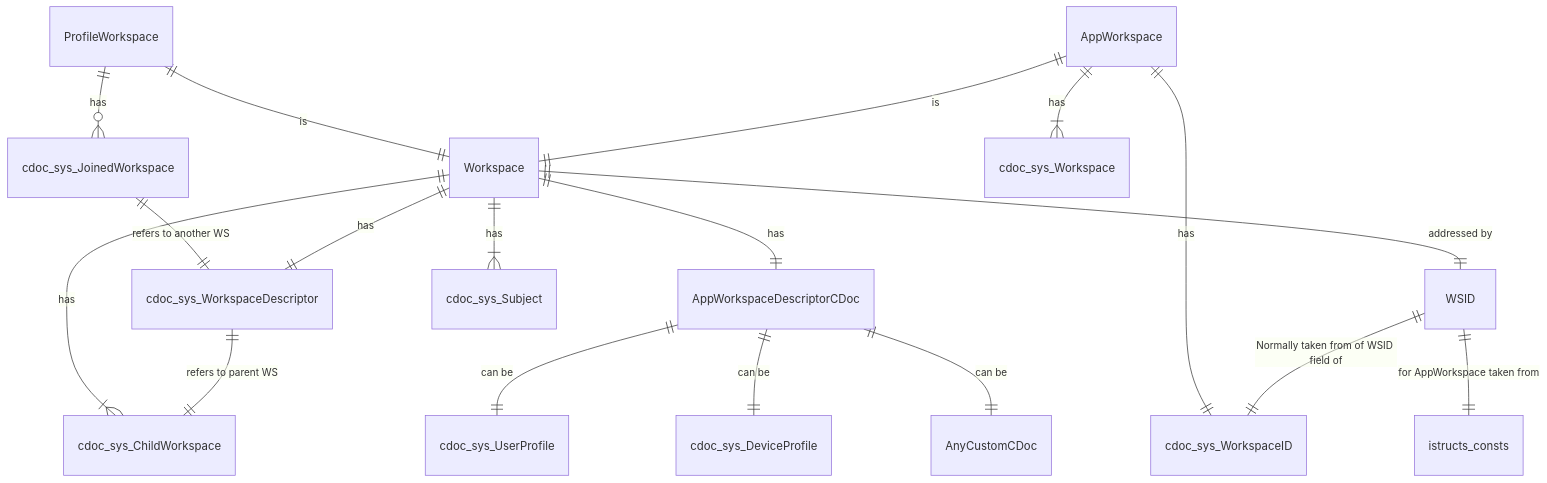
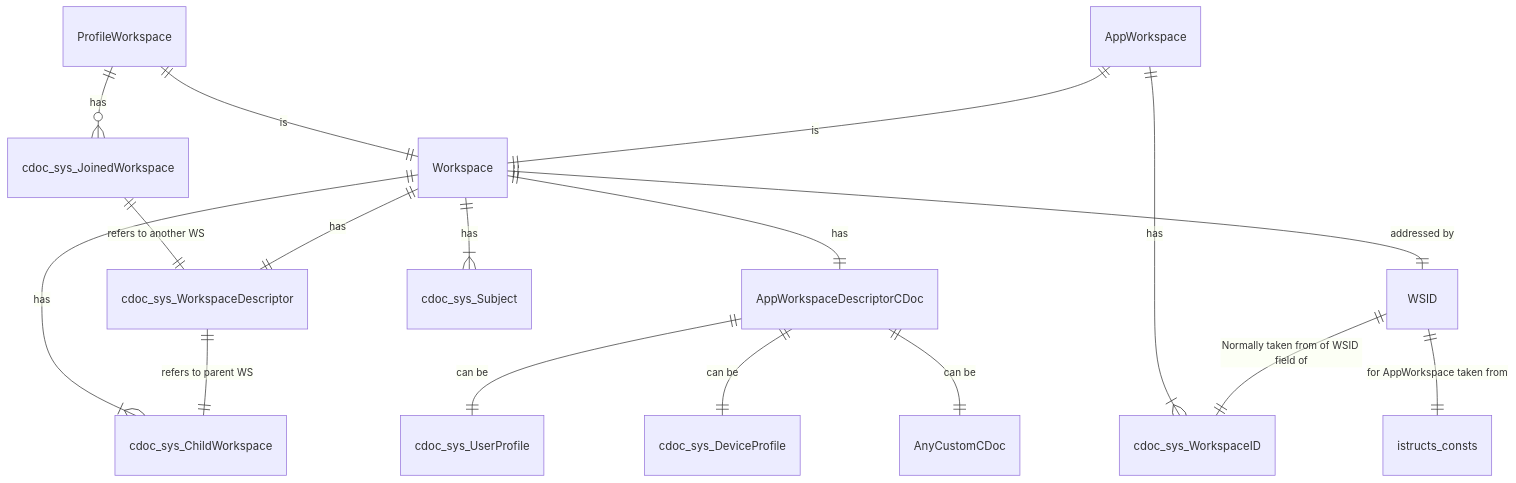
The third of 3 diagrams in design/workspaces/README.md (voedger/voedger), drawn with Mermaid before and after one commit. The commit also changed other lines of this file, not shown here.

````diff
--- a/design/workspaces/README.md
+++ b/design/workspaces/README.md
@@ -89,34 +99,33 @@
 ```mermaid
 erDiagram
 
 
   ProfileWorkspace ||--o{ cdoc_sys_JoinedWorkspace: "has"
   ProfileWorkspace || -- || Workspace: is
 
   cdoc_sys_JoinedWorkspace ||--|| cdoc_sys_WorkspaceDescriptor: "refers to another WS"
 
   AppWorkspace || -- || Workspace: is
   %% ??? one-to-one
-  AppWorkspace ||--|| cdoc_sys_WorkspaceID: "has"
-  AppWorkspace ||--|{ cdoc_sys_Workspace: "has"
+  AppWorkspace ||--|{ cdoc_sys_WorkspaceID: "has"
 
 
   Workspace || -- || AppWorkspaceDescriptorCDoc: has
   Workspace || -- || cdoc_sys_WorkspaceDescriptor: has
   Workspace || -- |{ cdoc_sys_Subject: has
   Workspace || -- |{ cdoc_sys_ChildWorkspace: has
 
 
 
   AppWorkspaceDescriptorCDoc ||--|| cdoc_sys_UserProfile: "can be"
   AppWorkspaceDescriptorCDoc ||--|| cdoc_sys_DeviceProfile: "can be"
   AppWorkspaceDescriptorCDoc ||--|| AnyCustomCDoc: "can be"
 
   cdoc_sys_WorkspaceDescriptor ||--|| cdoc_sys_ChildWorkspace: "refers to parent WS"
 
   Workspace || -- || WSID: "addressed by"
 
   WSID || -- || cdoc_sys_WorkspaceID: "Normally taken from of WSID field of"
   WSID || -- || istructs_consts: "for AppWorkspace taken from"
 
 ```
````
